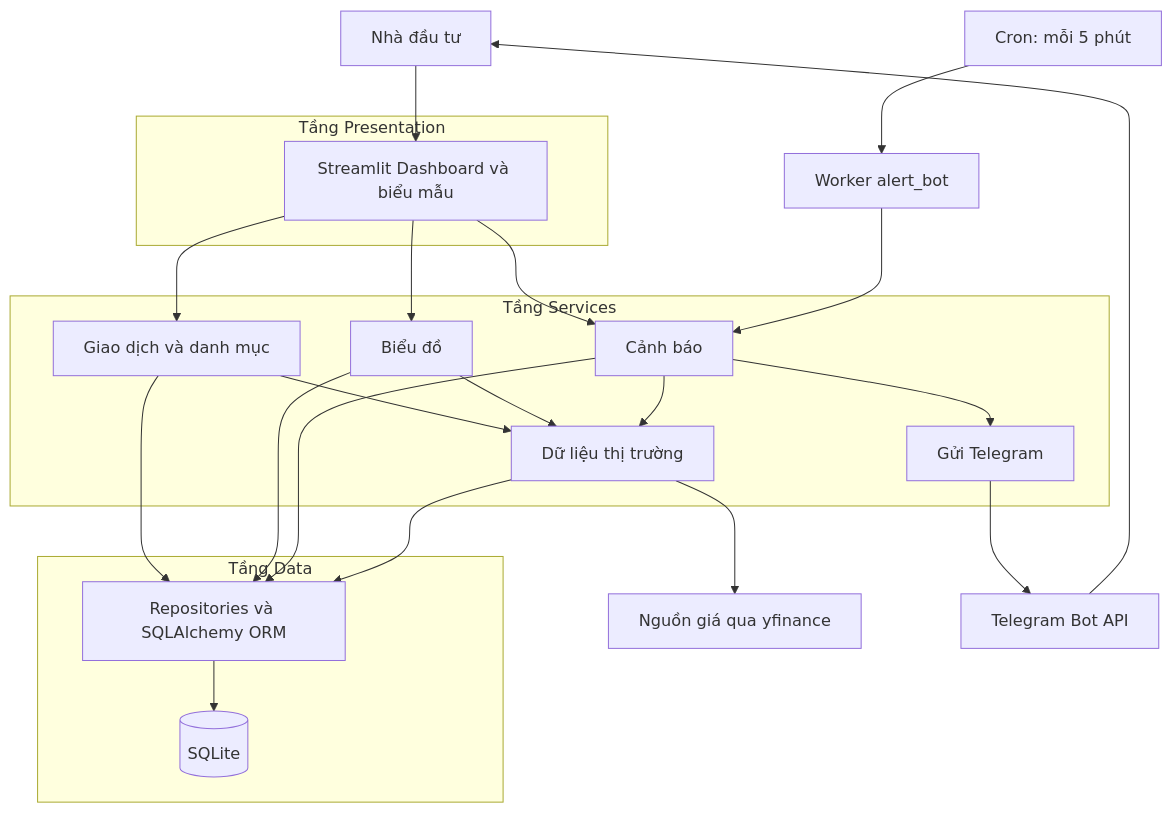
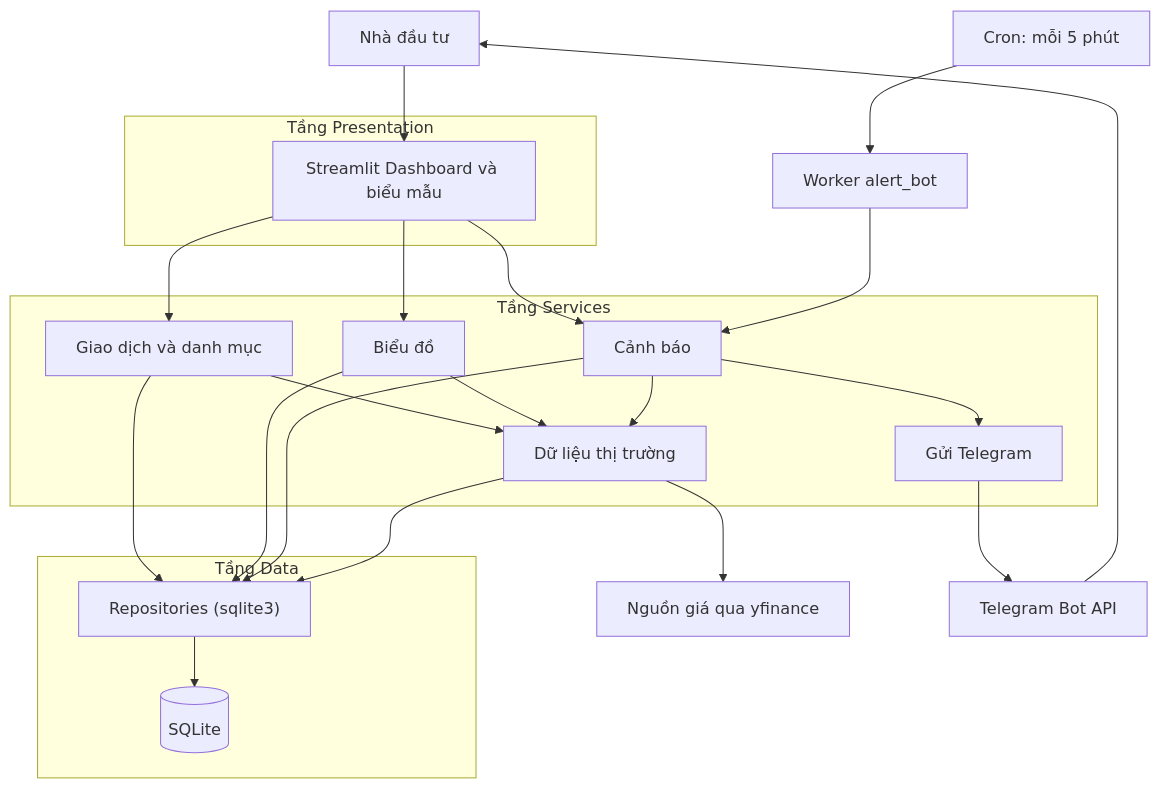
Before and after one commit to hoacangio/python-programming-excercises: the second of 7 diagrams in report-theo-doi-chung-khoan/3.phan_tich_thiet_ke.md, drawn with Mermaid. The commit also changed other lines of this file, not shown here.

````diff
--- a/report-theo-doi-chung-khoan/3.phan_tich_thiet_ke.md
+++ b/report-theo-doi-chung-khoan/3.phan_tich_thiet_ke.md
@@ -104,35 +104,35 @@
 ```mermaid
 flowchart TB
     U[Nhà đầu tư] --> UI
     subgraph P[Tầng Presentation]
         UI[Streamlit Dashboard và biểu mẫu]
     end
     Cron[Cron: mỗi 5 phút] --> Worker[Worker alert_bot]
     UI --> Portfolio
     UI --> Chart
     UI --> Alert
     Worker --> Alert
     subgraph S[Tầng Services]
         Portfolio[Giao dịch và danh mục]
         Market[Dữ liệu thị trường]
         Chart[Biểu đồ]
         Alert[Cảnh báo]
         Message[Gửi Telegram]
         Portfolio --> Market
         Chart --> Market
         Alert --> Market
         Alert --> Message
     end
     subgraph D[Tầng Data]
-        Repo[Repositories và SQLAlchemy ORM]
+        Repo["Repositories (sqlite3)"]
         DB[(SQLite)]
         Repo --> DB
     end
     Portfolio --> Repo
     Chart --> Repo
     Alert --> Repo
     Market --> Repo
     Market --> YF[Nguồn giá qua yfinance]
     Message --> TG[Telegram Bot API]
     TG --> U
 ```
````
